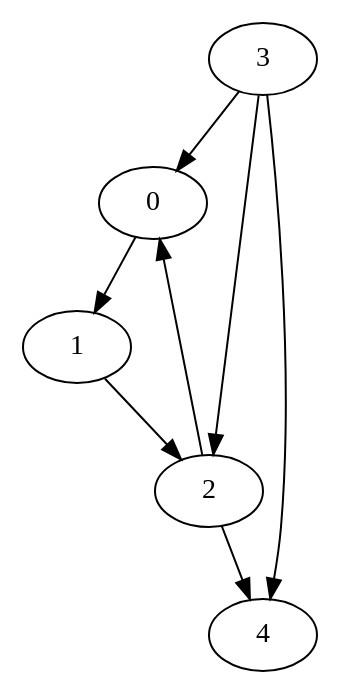
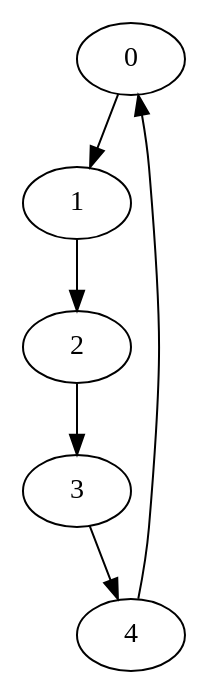
One commit to sunRainPenguin/SCC changed the diagram in Graphviz/Graphviz/orgDot.dot. Above: the diagram before and after it, drawn with Graphviz. The commit also changed 15 other files, not shown here.

```diff
--- a/Graphviz/Graphviz/orgDot.dot
+++ b/Graphviz/Graphviz/orgDot.dot
@@ -1,10 +1,7 @@
 digraph srcPic{
 0->1 
 1->2 
-2->0 
-2->4 
-3->0 
-3->2 
+2->3 
 3->4 
-4 
+4->0 
 }
```
